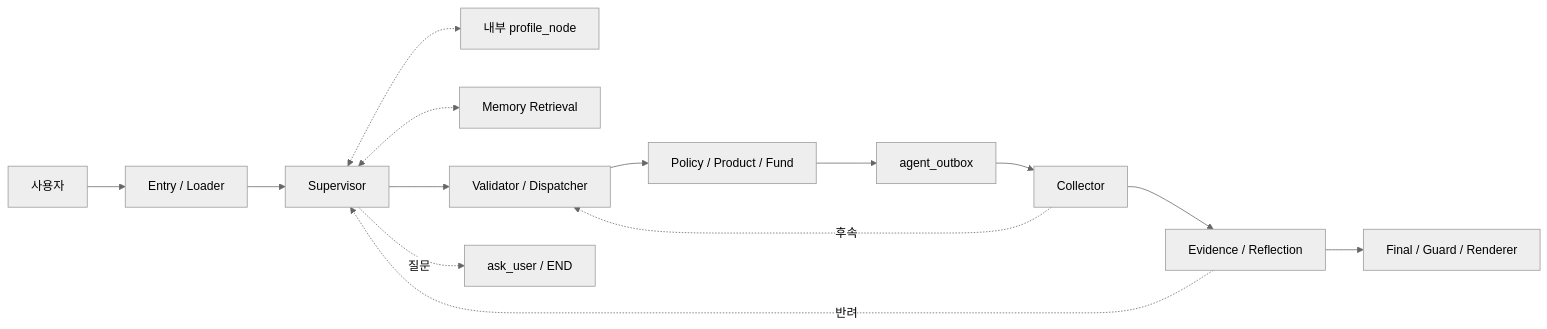
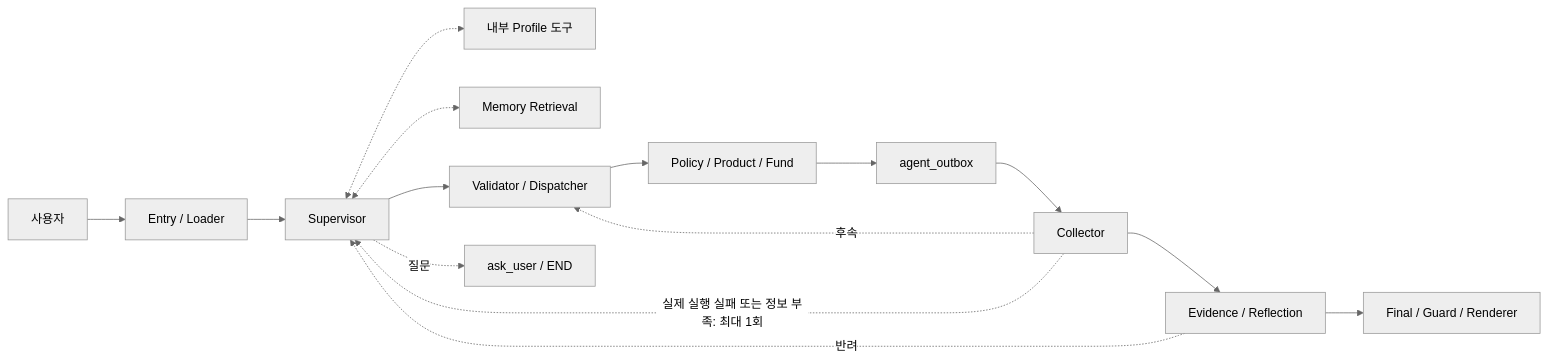
The diagram in docs/State_설계안.md (encore-ai-campus/mle-01-final-team1), drawn with Mermaid (neutral theme) before and after one commit. The commit also changed other lines of this file and 9 other files, not shown here.

````diff
--- a/docs/State_설계안.md
+++ b/docs/State_설계안.md
@@ -301,16 +294,17 @@
 ```mermaid
 flowchart LR
     U[사용자] --> E[Entry / Loader]
     E --> S[Supervisor]
-    S <-.-> P[내부 profile_node]
+    S <-.-> P[내부 Profile 도구]
     S <-.-> M[Memory Retrieval]
     S --> V[Validator / Dispatcher]
     V --> A[Policy / Product / Fund]
     A --> O[agent_outbox]
     O --> C[Collector]
     C --> R[Evidence / Reflection]
     R --> F[Final / Guard / Renderer]
     R -.->|반려| S
     C -.->|후속| V
+    C -.->|실제 실행 실패 또는 정보 부족: 최대 1회| S
     S -.->|질문| Q[ask_user / END]
 ```
````
